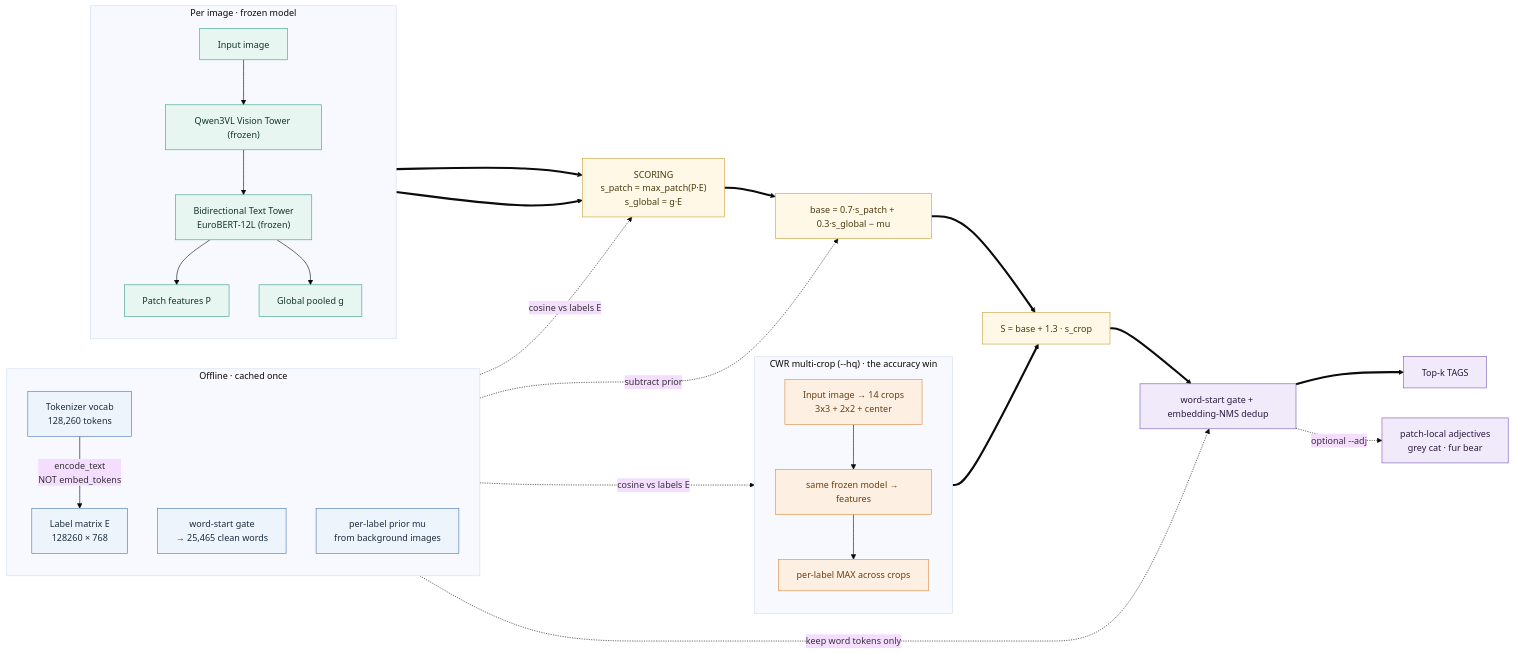
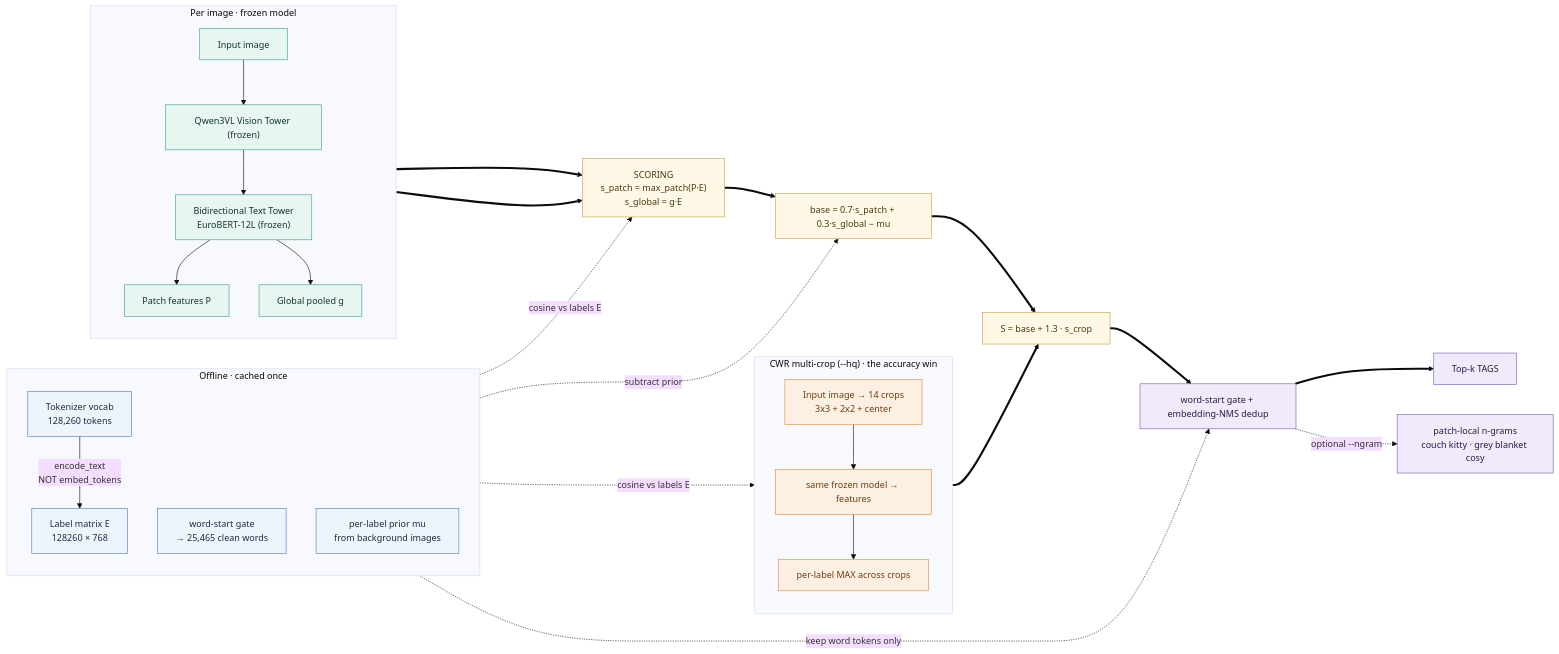
Before and after one commit to hanxiao/jina-v5-omni-nano-test-time-image-tagging: the diagram in README.md, drawn with Mermaid. The commit also changed other lines of this file, not shown here.

Commit message:
README: --adj becomes --ngram N (grounded n-grams, bigram/trigram examples); demo table and pipeline diagram updated

````diff
--- a/README.md
+++ b/README.md
@@ -23,50 +26,50 @@
 ```mermaid
 %%{init: {'theme':'base','themeVariables':{'fontSize':'15px','fontFamily':'Helvetica'}}}%%
 flowchart LR
   subgraph OFF["Offline · cached once"]
     direction TB
     V["Tokenizer vocab<br/>128,260 tokens"] -->|encode_text<br/>NOT embed_tokens| E["Label matrix E<br/>128260 × 768"]
     GATE["word-start gate<br/>→ 25,465 clean words"]
     MU["per-label prior mu<br/>from background images"]
   end
 
   subgraph IMG["Per image · frozen model"]
     direction TB
     IN["Input image"] --> VIS["Qwen3VL Vision Tower (frozen)"] --> TXT["Bidirectional Text Tower<br/>EuroBERT-12L (frozen)"]
     TXT --> P["Patch features P"]
     TXT --> G["Global pooled g"]
   end
 
   SCORE["SCORING<br/>s_patch = max_patch(P·E)<br/>s_global = g·E"]
   BASE["base = 0.7·s_patch + 0.3·s_global − mu"]
 
   E -.->|cosine vs labels E| SCORE
   P ==> SCORE
   G ==> SCORE
   SCORE ==> BASE
   MU -.->|subtract prior| BASE
 
   subgraph CWR["CWR multi-crop (--hq) · the accuracy win"]
     direction TB
     IN2["Input image → 14 crops<br/>3x3 + 2x2 + center"] --> CF["same frozen model → features"] --> CMAX["per-label MAX across crops"]
   end
   E -.->|cosine vs labels E| CMAX
   BASE ==> FUSE["S = base + 1.3 · s_crop"]
   CMAX ==> FUSE
 
   FUSE ==> POST["word-start gate + embedding-NMS dedup"]
   GATE -.->|keep word tokens only| POST
   POST ==> OUT["Top-k TAGS"]
-  POST -.->|optional --adj| ADJ["patch-local adjectives<br/>grey cat · fur bear"]
+  POST -.->|optional --ngram| ADJ["patch-local n-grams<br/>couch kitty · grey blanket cosy"]
 
   classDef off fill:#eef4fb,stroke:#4a7ab5,color:#1a2c40;
   classDef img fill:#e8f6f2,stroke:#3aa088,color:#12352c;
   classDef cwr fill:#fdf0e2,stroke:#e08a3c,color:#6b3d10;
   classDef score fill:#fff8e6,stroke:#c8a03c,color:#4a3a10;
   classDef out fill:#f0eafb,stroke:#7a5bb5,color:#2c1a40;
   class V,E,GATE,MU off;
   class IN,VIS,TXT,P,G img;
   class IN2,CF,CMAX cwr;
   class SCORE,BASE,FUSE score;
   class POST,OUT,ADJ out;
 ```
````
